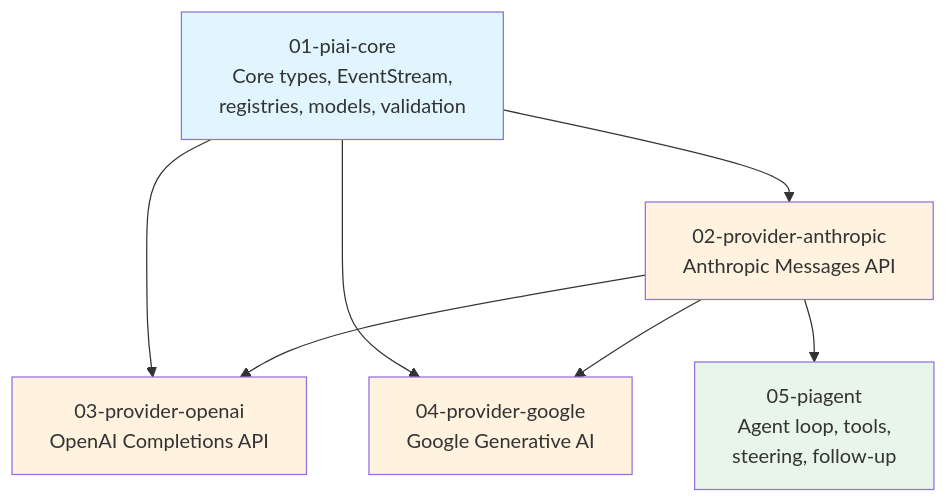
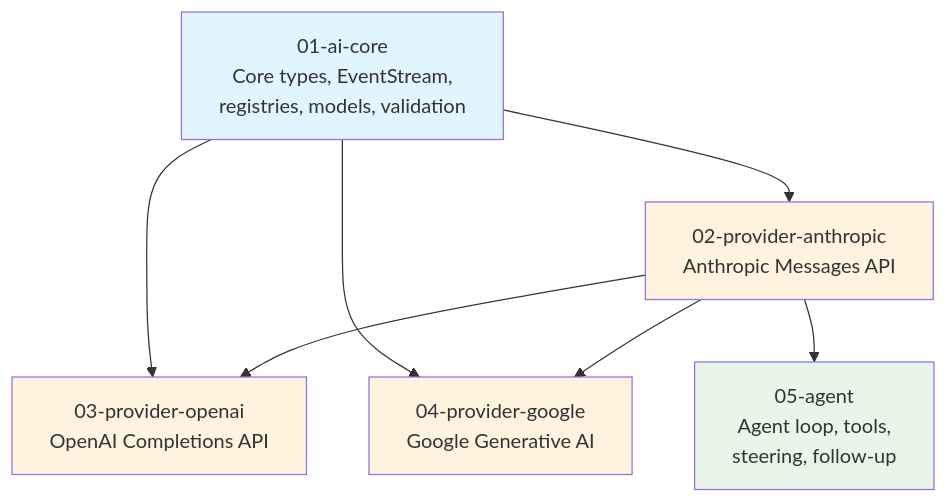
One commit to dcosson/flex-agent-runtime changed the diagram in docs/plans/00-plan-index.md. Above: the diagram before and after it, drawn with Mermaid. The commit also changed other lines of this file and 1 other file, not shown here.

First line of the commit message:
Rename packages: piai→ai, piagent→agent; add internal/ structure

````diff
--- a/docs/plans/00-plan-index.md
+++ b/docs/plans/00-plan-index.md
@@ -46,23 +46,23 @@
 ```mermaid
 graph TD
-    A[01-piai-core<br/>Core types, EventStream,<br/>registries, models, validation]
+    A[01-ai-core<br/>Core types, EventStream,<br/>registries, models, validation]
 
     B[02-provider-anthropic<br/>Anthropic Messages API]
     C[03-provider-openai<br/>OpenAI Completions API]
     D[04-provider-google<br/>Google Generative AI]
 
-    E[05-piagent<br/>Agent loop, tools,<br/>steering, follow-up]
+    E[05-agent<br/>Agent loop, tools,<br/>steering, follow-up]
 
     A --> B
     A --> C
     A --> D
     B --> C
     B --> D
     B --> E
 
     style A fill:#e1f5fe
     style B fill:#fff3e0
     style C fill:#fff3e0
     style D fill:#fff3e0
     style E fill:#e8f5e9
 ```
````
